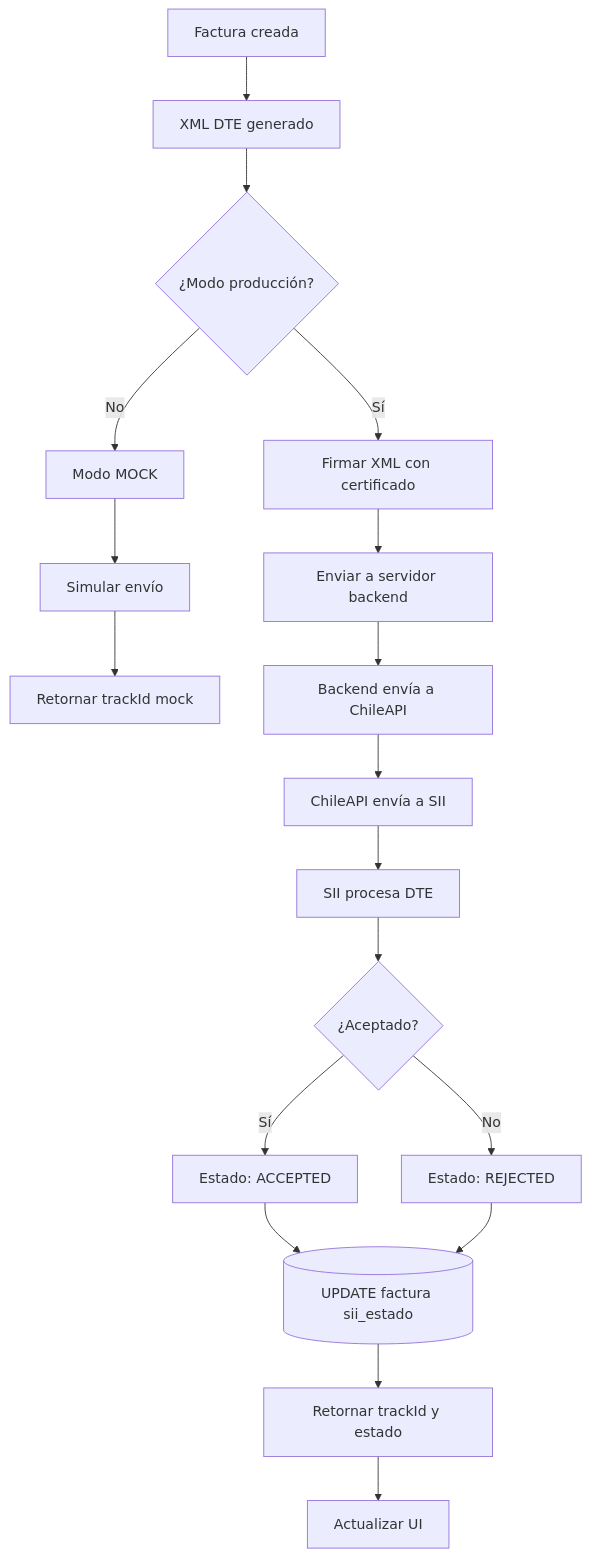
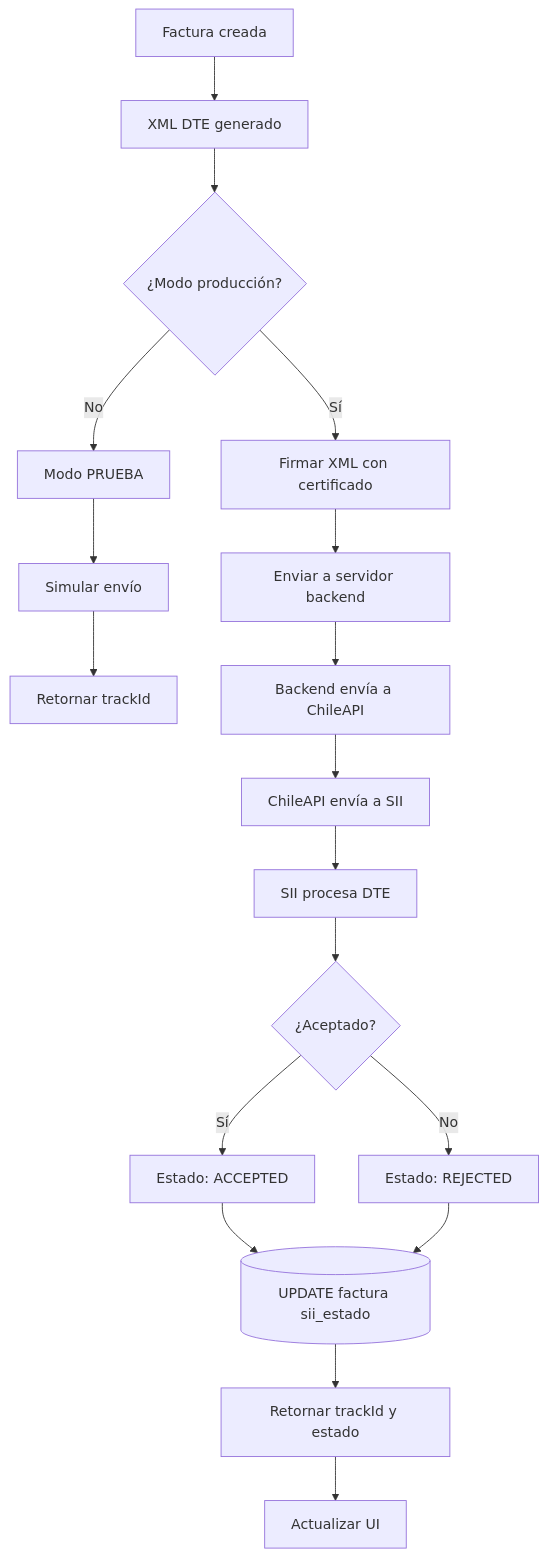
Diagram 14 of 19 in docs/deprecated/05-FLUJOS.md (Demiannnnnn/facturacion-electronica-dte), drawn with Mermaid before and after one commit. The commit also changed 22 other files, not shown here.

````diff
--- a/docs/deprecated/05-FLUJOS.md
+++ b/docs/deprecated/05-FLUJOS.md
@@ -338,20 +338,20 @@
 ```mermaid
 flowchart TD
     A[Factura creada] --> B[XML DTE generado]
     B --> C{¿Modo producción?}
-    C -->|No| D[Modo MOCK]
+    C -->|No| D[Modo PRUEBA]
     D --> E[Simular envío]
-    E --> F[Retornar trackId mock]
+    E --> F[Retornar trackId]
     C -->|Sí| G[Firmar XML con certificado]
     G --> H[Enviar a servidor backend]
     H --> I[Backend envía a ChileAPI]
     I --> J[ChileAPI envía a SII]
     J --> K[SII procesa DTE]
     K --> L{¿Aceptado?}
     L -->|Sí| M[Estado: ACCEPTED]
     L -->|No| N[Estado: REJECTED]
     M --> O[(UPDATE factura sii_estado)]
     N --> O
     O --> P[Retornar trackId y estado]
     P --> Q[Actualizar UI]
 ```
````
